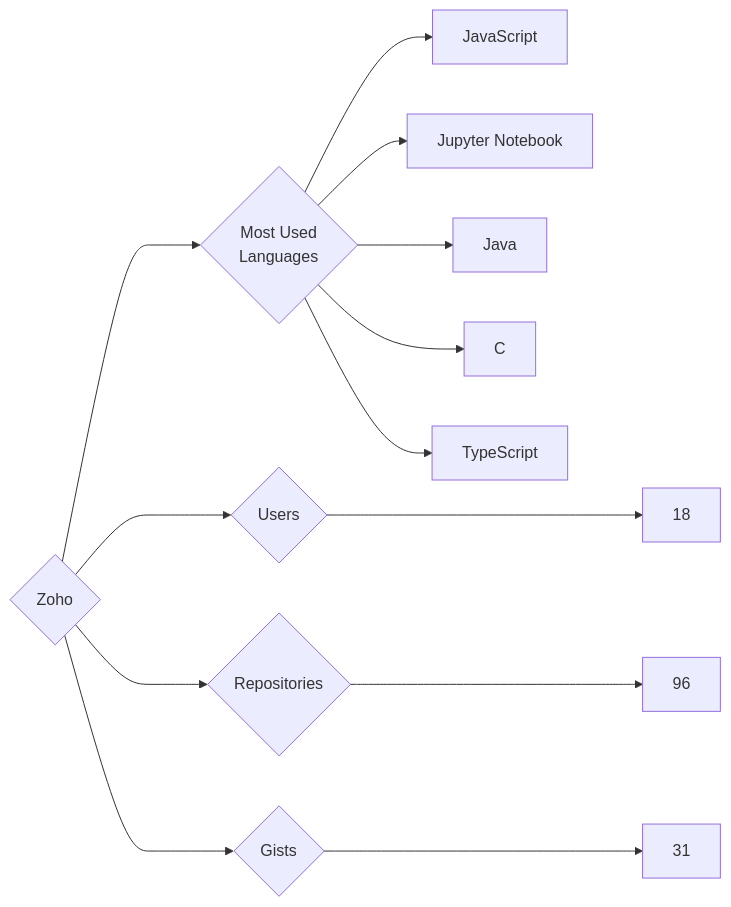
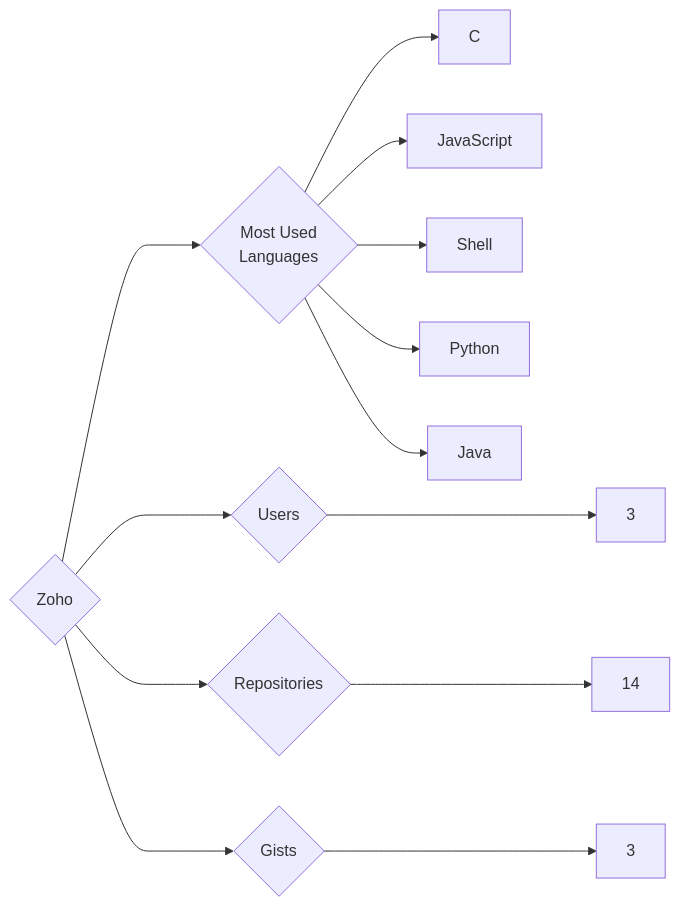
One commit to trickest/insiders changed the diagram in targets/Zoho/README.md. Above: the diagram before and after it, drawn with Mermaid. The commit also changed 860 other files, not shown here.

````diff
--- a/targets/Zoho/README.md
+++ b/targets/Zoho/README.md
@@ -3,13 +3,13 @@
 ```mermaid
 graph LR
 COMPANY_NAME{Zoho}
-COMPANY_NAME ---> U{Users} ---> UN[18]
-COMPANY_NAME ---> R{Repositories} ---> RN[96]
-COMPANY_NAME ---> G{Gists} ---> GN[31]
+COMPANY_NAME ---> U{Users} ---> UN[3]
+COMPANY_NAME ---> R{Repositories} ---> RN[14]
+COMPANY_NAME ---> G{Gists} ---> GN[3]
 COMPANY_NAME ---> ML{Most Used<br>Languages}
+ML --> C[C]
 ML --> JavaScript[JavaScript]
-ML --> Jupyter_Notebook[Jupyter Notebook]
+ML --> Shell[Shell]
+ML --> Python[Python]
 ML --> Java[Java]
-ML --> C[C]
-ML --> TypeScript[TypeScript]
 ```
````
